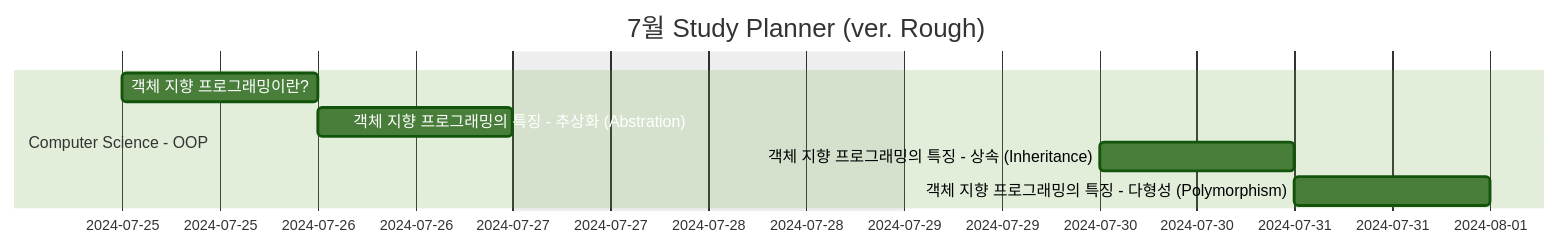
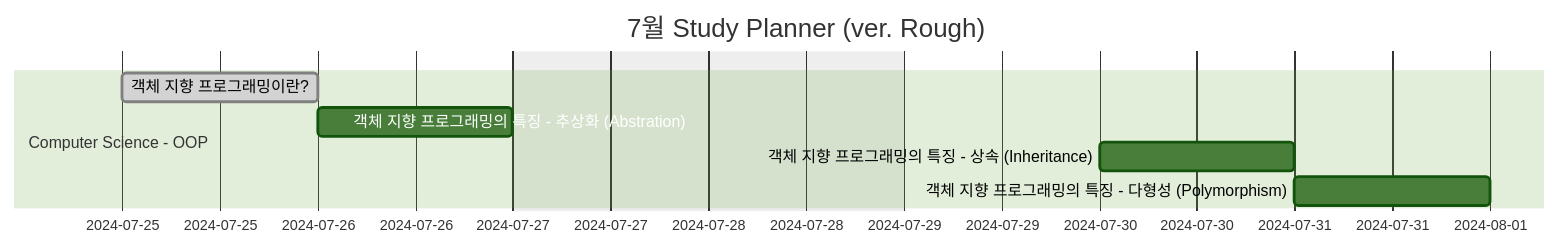
Before and after one commit to HyungJinHan/HyungJinHan.github.io: the first of 2 diagrams in _posts/other/2024-07-24-plan.md, drawn with Mermaid (forest theme). The commit also changed other lines of this file and 22 other files, not shown here.

````diff
--- a/_posts/other/2024-07-24-plan.md
+++ b/_posts/other/2024-07-24-plan.md
@@ -20,11 +20,11 @@
 ```mermaid
 gantt
 title  7월 Study Planner (ver. Rough)
 excludes weekends
 
 section Computer Science - OOP
-  객체 지향 프로그래밍이란? :a, 2024-07-25, 1d
+  객체 지향 프로그래밍이란? :done, 2024-07-25, 1d
   객체 지향 프로그래밍의 특징 - 추상화 (Abstration) :b, 2024-07-26, 1d
   객체 지향 프로그래밍의 특징 - 상속 (Inheritance) :c, 2024-07-30, 1d
   객체 지향 프로그래밍의 특징 - 다형성 (Polymorphism) :d, 2024-07-31, 1d
 ```
````
